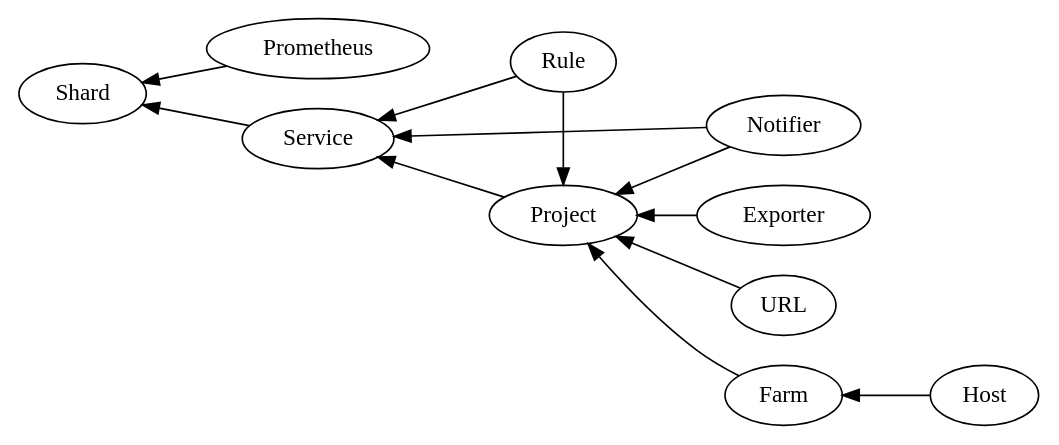
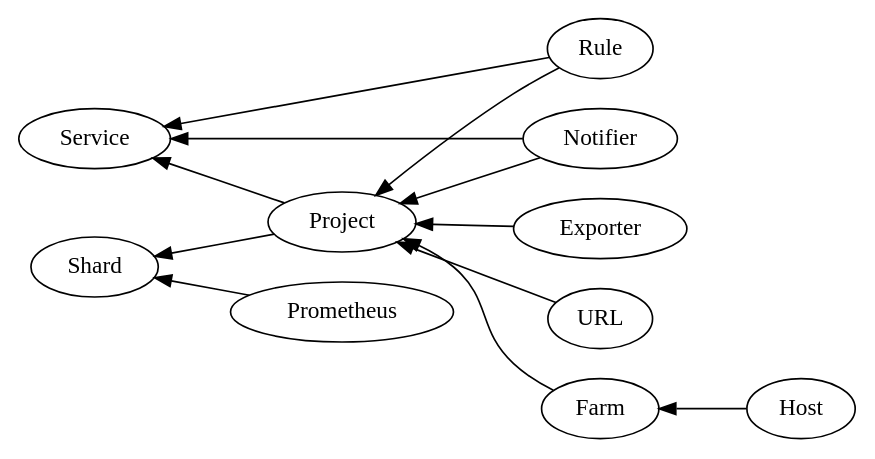
Before and after one commit to line/promgen: the diagram in docs/user/terms.rst, drawn with Graphviz. The commit also changed other lines of this file, not shown here.

```diff
--- a/docs/user/terms.rst
+++ b/docs/user/terms.rst
@@ -4,10 +4,10 @@
 .. graphviz::
 
     digraph {
       rankdir=RL;
-      { Service Prometheus} -> Shard;
       { Rule Notifier Project} -> Service;
+      { Project Prometheus} -> Shard;
       { Rule Notifier Exporter URL Farm} -> Project;
       Host -> Farm;
-      { rank=same Project Rule };
+      { rank=same Notifier Rule };
    }
```
